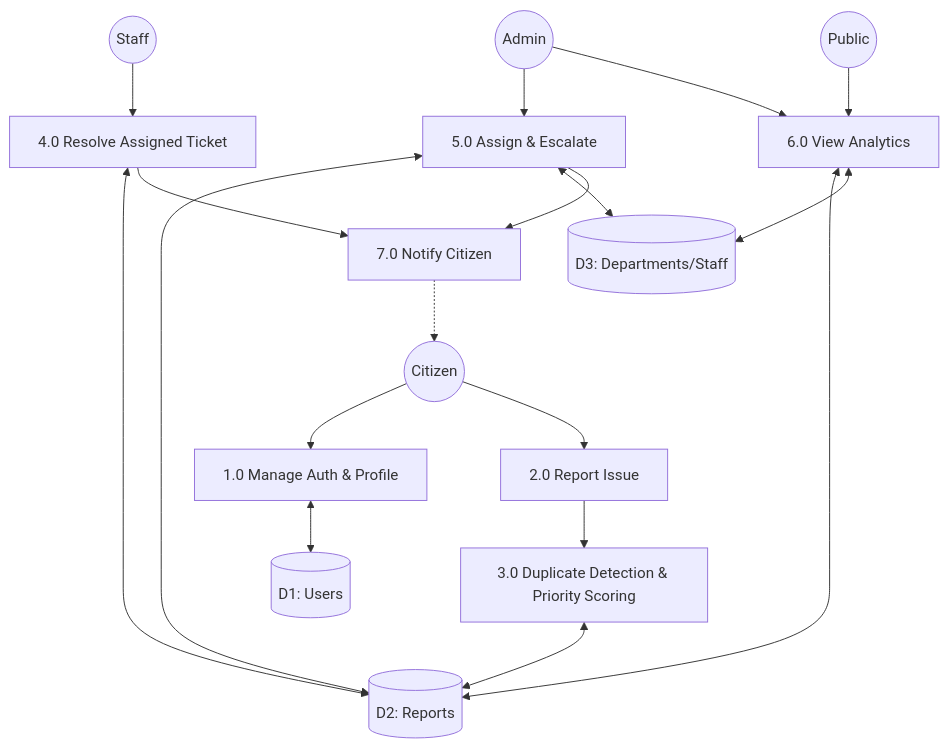
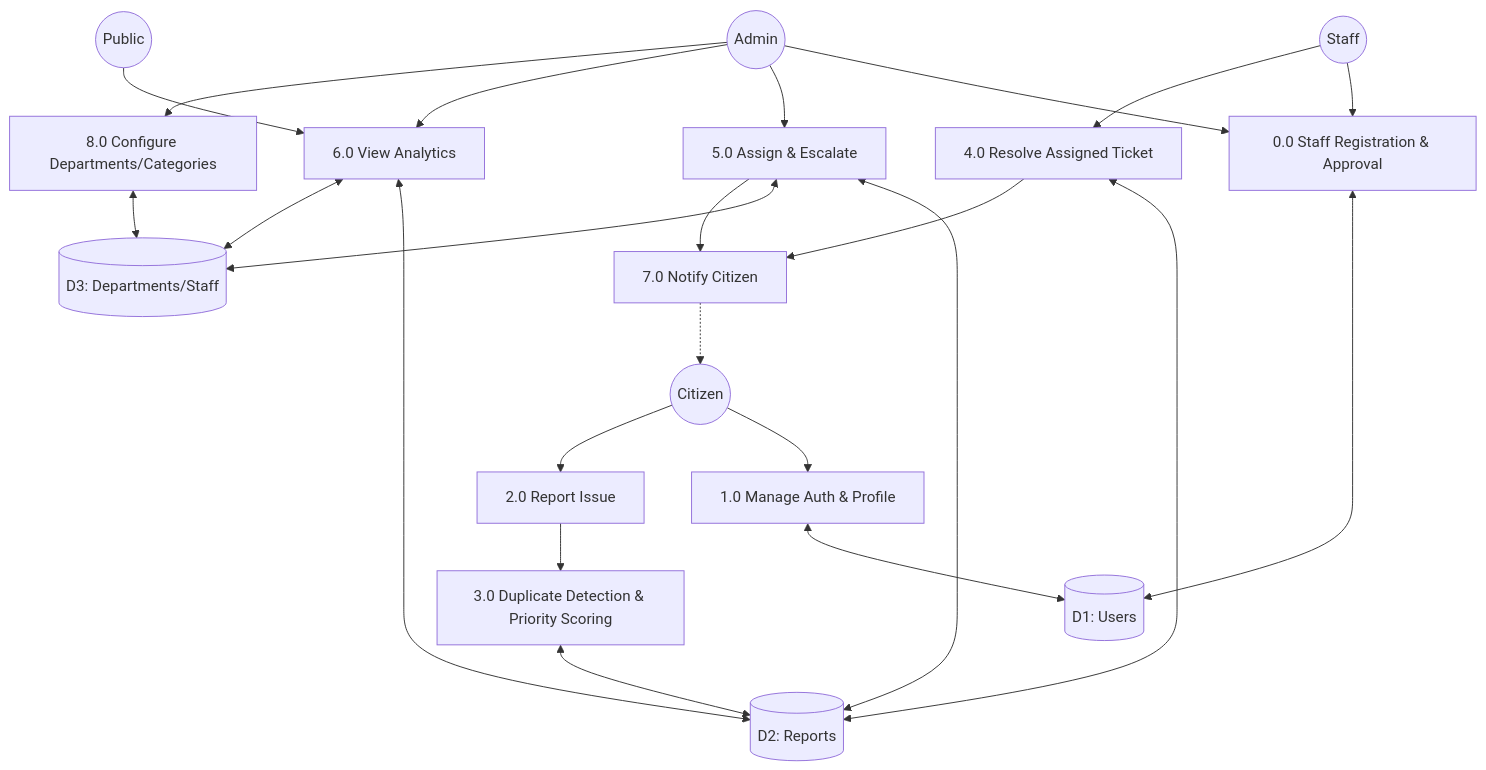
The third of 4 diagrams in README.md (Ujjwal-0005/nivaran), drawn with Mermaid before and after one commit. The commit also changed other lines of this file, not shown here.

````diff
--- a/README.md
+++ b/README.md
@@ -131,21 +196,26 @@
 ```mermaid
 flowchart TB
     Citizen((Citizen)) --> P1[1.0 Manage Auth & Profile]
     Citizen --> P2[2.0 Report Issue]
-    Staff((Staff)) --> P4[4.0 Resolve Assigned Ticket]
-    Admin((Admin)) --> P5[5.0 Assign & Escalate]
+    Staff((Staff)) --> P0[0.0 Staff Registration & Approval]
+    Staff --> P4[4.0 Resolve Assigned Ticket]
+    Admin((Admin)) --> P0
+    Admin --> P5[5.0 Assign & Escalate]
     Admin --> P6[6.0 View Analytics]
+    Admin --> P8[8.0 Configure Departments/Categories]
     Public((Public)) --> P6
 
-    P1 <--> D1[(D1: Users)]
+    P0 <--> D1[(D1: Users)]
+    P1 <--> D1
     P2 --> P3[3.0 Duplicate Detection & Priority Scoring]
     P3 <--> D2[(D2: Reports)]
     P5 <--> D2
     P5 <--> D3[(D3: Departments/Staff)]
+    P8 <--> D3
     P4 <--> D2
     P4 --> P7[7.0 Notify Citizen]
     P5 --> P7
     P7 -.-> Citizen
     P6 <--> D2
     P6 <--> D3
 ```
````
